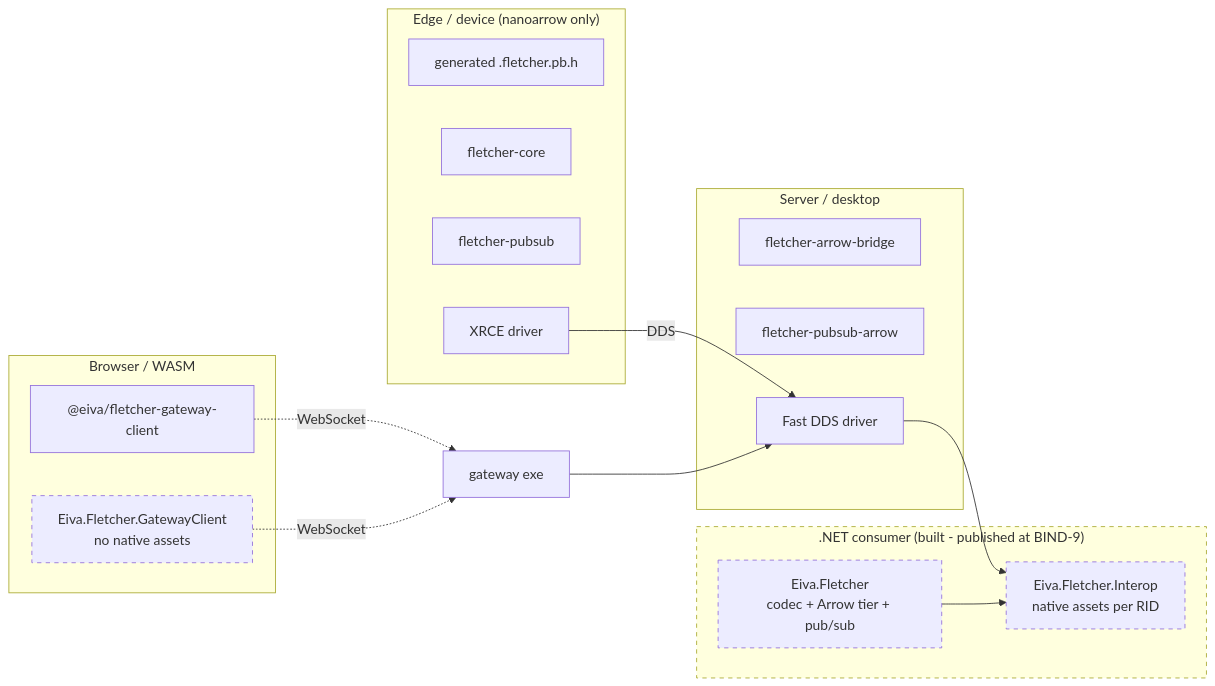
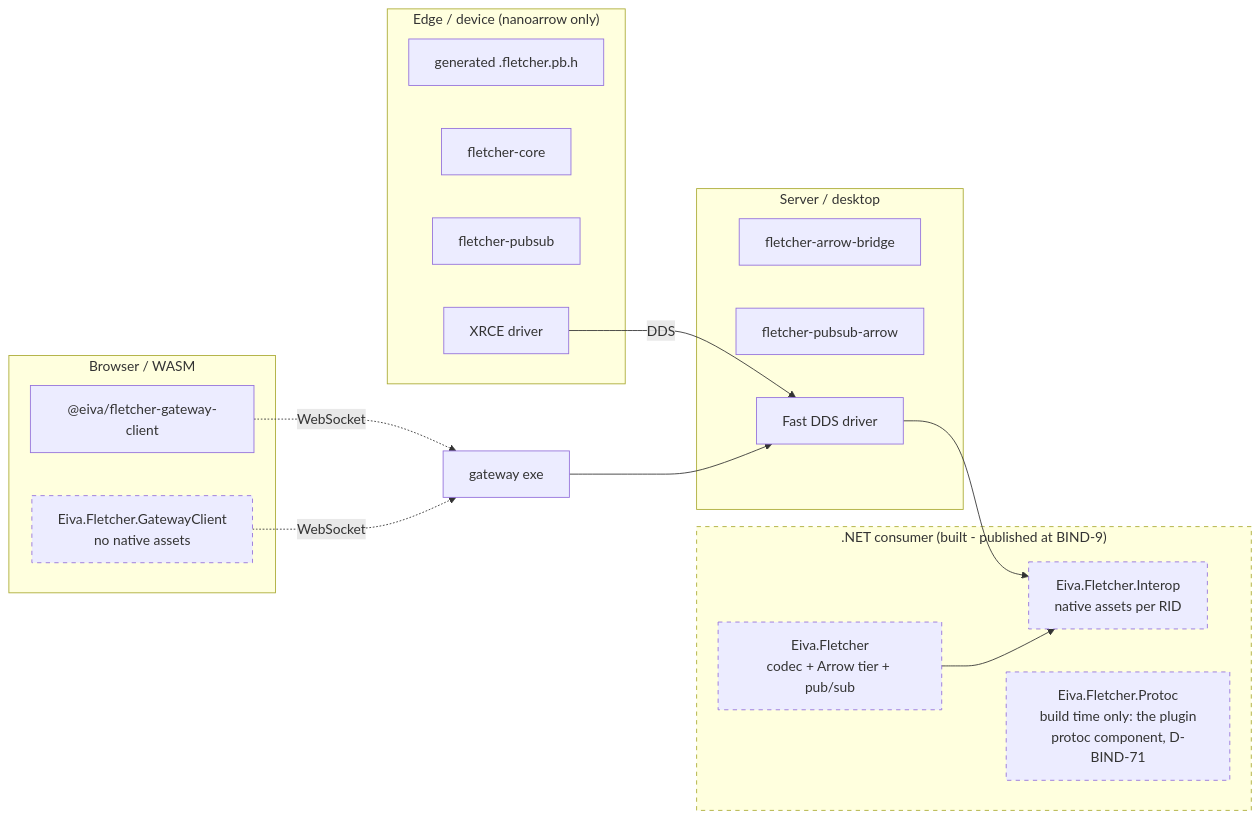
One commit to eivacom/Fletcher changed the ninth of 9 diagrams in plans/BIND-architecture-diagrams.md. Above: the diagram before and after it, drawn with Mermaid. The commit also changed other lines of this file and 4 other files, not shown here.

````diff
--- a/plans/BIND-architecture-diagrams.md
+++ b/plans/BIND-architecture-diagrams.md
@@ -542,32 +542,33 @@
 ```mermaid
 flowchart LR
     subgraph edge["Edge / device (nanoarrow only)"]
         E1["generated .fletcher.pb.h"]
         E2["fletcher-core"]
         E3["fletcher-pubsub"]
         E4["XRCE driver"]
     end
     subgraph server["Server / desktop"]
         S1["fletcher-arrow-bridge"]
         S2["fletcher-pubsub-arrow"]
         S3["Fast DDS driver"]
     end
     subgraph dotnet[".NET consumer (built - published at BIND-9)"]
         D1["Eiva.Fletcher<br/>codec + Arrow tier + pub/sub"]
         D2["Eiva.Fletcher.Interop<br/>native assets per RID"]
+        D3["Eiva.Fletcher.Protoc<br/>build time only: the plugin<br/>protoc component, D-BIND-71"]
     end
     subgraph browser["Browser / WASM"]
         B1["@eiva/fletcher-gateway-client"]
         B2["Eiva.Fletcher.GatewayClient<br/>no native assets"]
     end
 
     E4 -->|DDS| S3
     S3 --> D2
     D1 --> D2
     B1 -.->|WebSocket| GW["gateway exe"]
     B2 -.->|WebSocket| GW
     GW --> S3
 
     classDef planned stroke-dasharray: 5 5
-    class dotnet,D1,D2,B2 planned
+    class dotnet,D1,D2,D3,B2 planned
 ```
````
